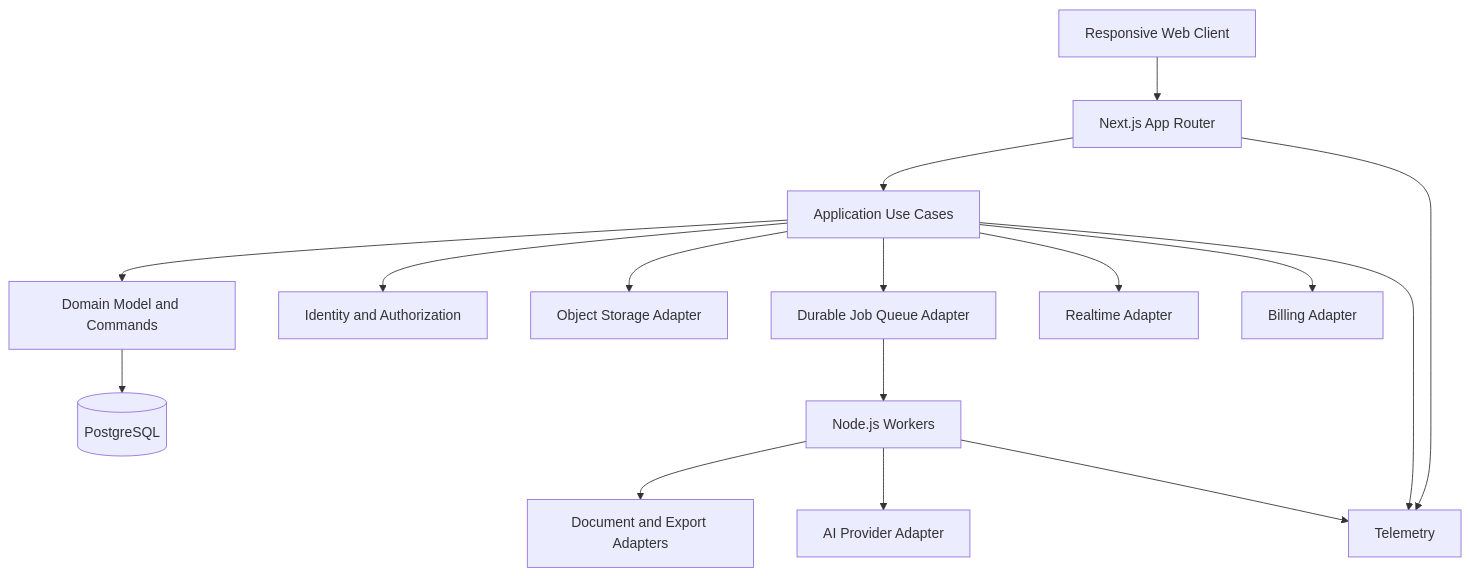
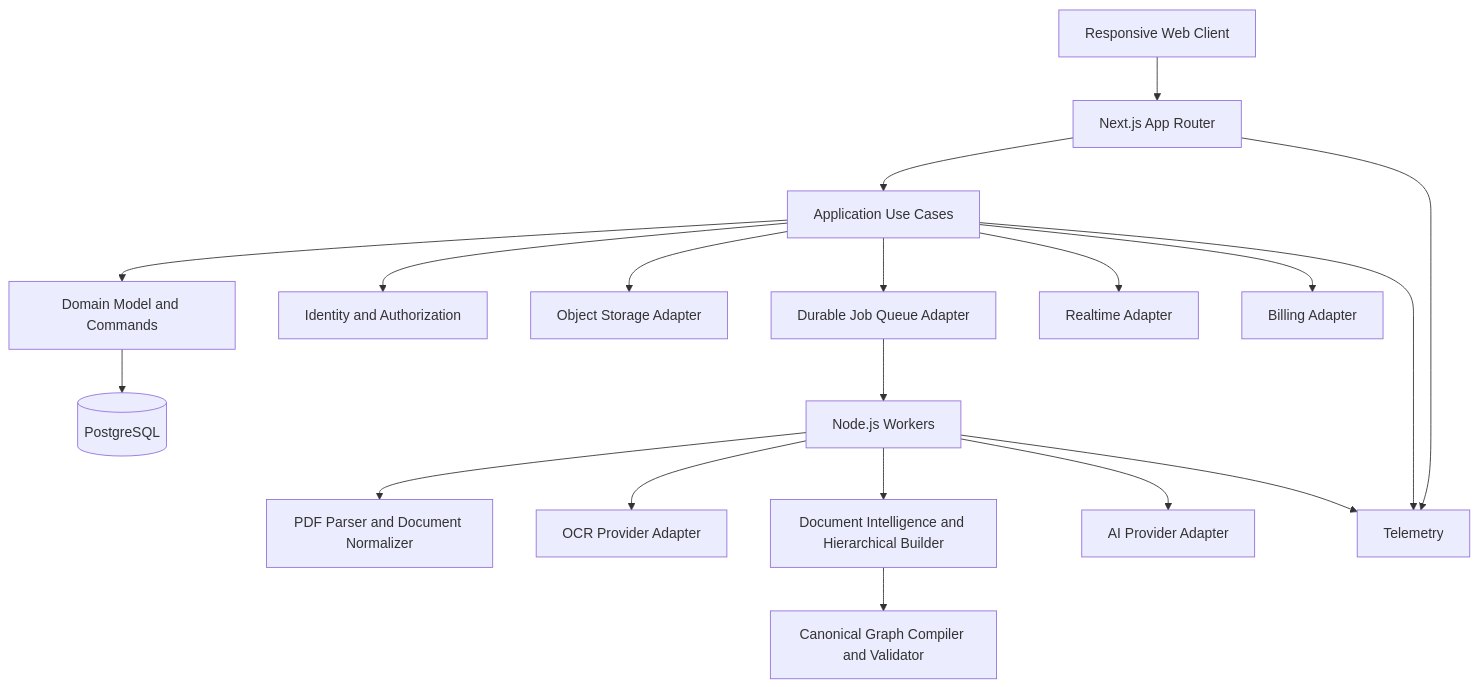
Before and after one commit to galleryabah-source/mindmap-pro: the first of 2 diagrams in docs/ARCHITECTURE.md, drawn with Mermaid. The commit also changed other lines of this file, not shown here.

Commit message:
docs(architecture): add document intelligence pipeline

````diff
--- a/docs/ARCHITECTURE.md
+++ b/docs/ARCHITECTURE.md
@@ -7,18 +7,21 @@
 ```mermaid
 flowchart TB
   Client[Responsive Web Client] --> UI[Next.js App Router]
   UI --> App[Application Use Cases]
   App --> Domain[Domain Model and Commands]
   App --> Auth[Identity and Authorization]
   Domain --> PG[(PostgreSQL)]
   App --> Blob[Object Storage Adapter]
   App --> Jobs[Durable Job Queue Adapter]
   Jobs --> Workers[Node.js Workers]
-  Workers --> Docs[Document and Export Adapters]
+  Workers --> Docs[PDF Parser and Document Normalizer]
+  Workers --> OCR[OCR Provider Adapter]
+  Workers --> Knowledge[Document Intelligence and Hierarchical Builder]
+  Knowledge --> Compiler[Canonical Graph Compiler and Validator]
   Workers --> AI[AI Provider Adapter]
   App --> RT[Realtime Adapter]
   App --> Pay[Billing Adapter]
   UI --> Obs[Telemetry]
   App --> Obs
   Workers --> Obs
 ```
````
